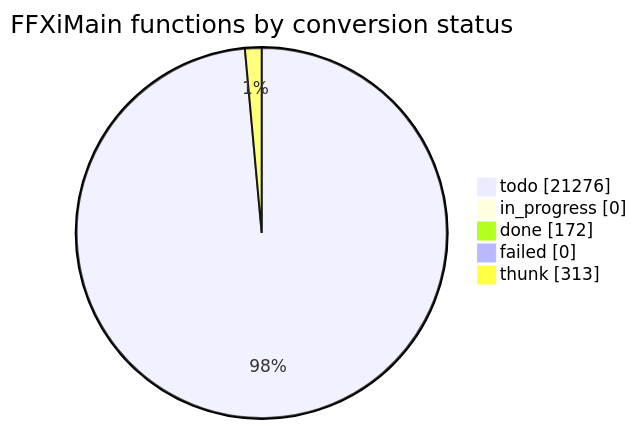
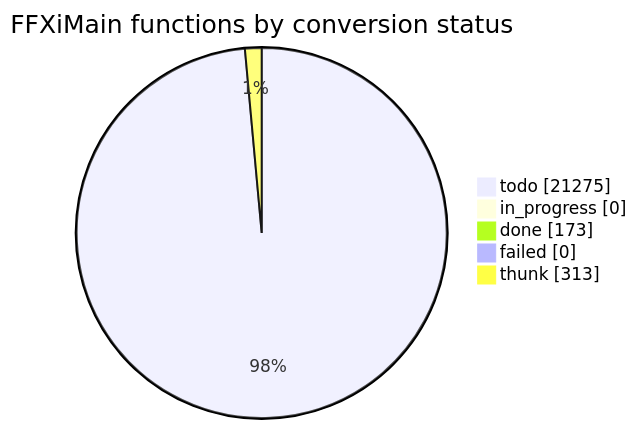
One commit to cowrevenge/cow_kuluu_xi_anything changed the diagram in docs/cow/STATUS.md. Above: the diagram before and after it, drawn with Mermaid. The commit also changed other lines of this file and 9 other files, not shown here.

````diff
--- a/docs/cow/STATUS.md
+++ b/docs/cow/STATUS.md
@@ -18,9 +18,9 @@
 ```mermaid
 pie showData
     title FFXiMain functions by conversion status
-    "todo" : 21276
+    "todo" : 21275
     "in_progress" : 0
-    "done" : 172
+    "done" : 173
     "failed" : 0
     "thunk" : 313
 ```
````
